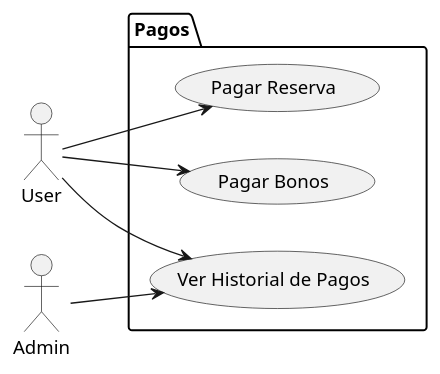
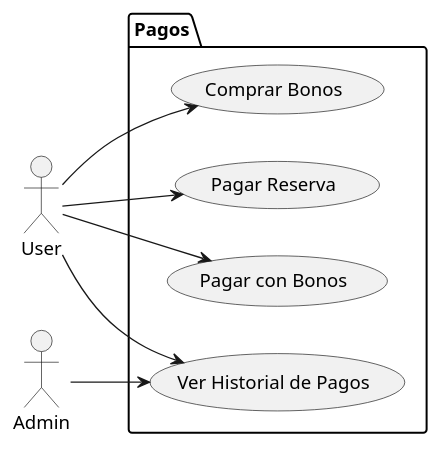
Before and after one commit to pablarce/23-24-IdSw1-SDR: the diagram in CasosDeUso/CasosDeUso/Pagos.puml, drawn with PlantUML. The commit also changed 10 other files, not shown here.

```diff
--- a/CasosDeUso/CasosDeUso/Pagos.puml
+++ b/CasosDeUso/CasosDeUso/Pagos.puml
@@ -1,22 +1,24 @@
 @startuml
 
 left to right direction
 
 actor User as U
 actor Admin as A
 
 package Pagos{
 
     usecase "Pagar Reserva" as UC1
-    usecase "Pagar Bonos" as UC2
+    usecase "Pagar con Bonos" as UC2
     usecase "Ver Historial de Pagos" as UC3
+    usecase "Comprar Bonos" as UC4
 
 }
 
 U --> UC1
 U --> UC2
 U --> UC3
+U --> UC4
 
 A --> UC3
 
 @enduml
```
